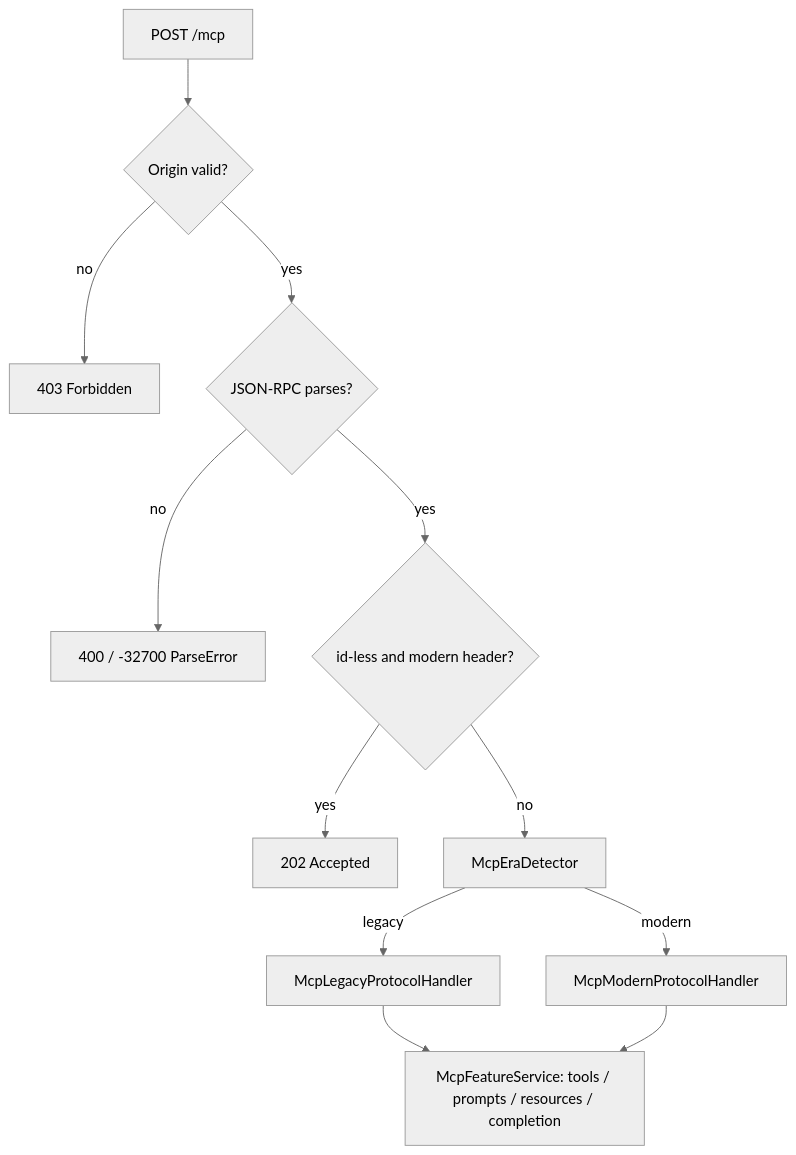
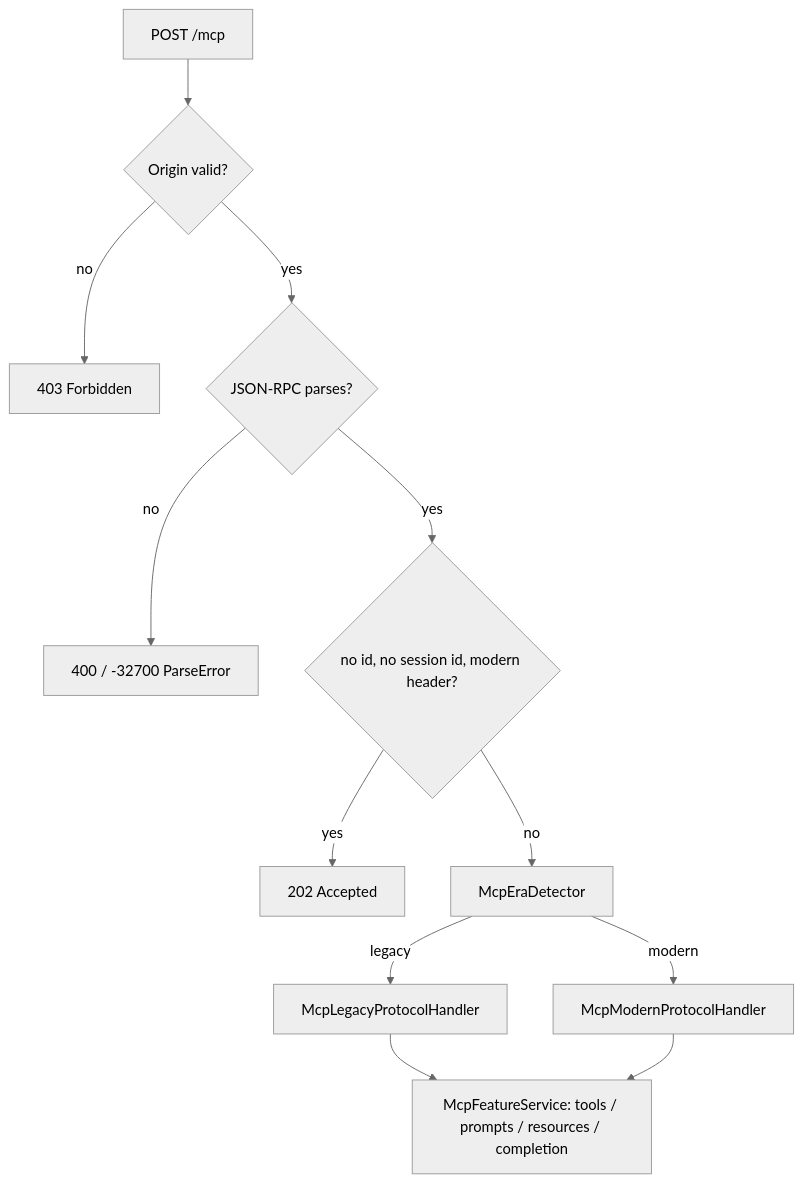
The first of 5 diagrams in langchain4j-cdi-mcp/README.md (yblazart/langchain4j-cdi), drawn with Mermaid (neutral theme) before and after one commit. The commit also changed other lines of this file, not shown here.

First line of the commit message:
docs(mcp): correct the era detection diagram

````diff
--- a/langchain4j-cdi-mcp/README.md
+++ b/langchain4j-cdi-mcp/README.md
@@ -54,14 +54,14 @@
 ```mermaid
 flowchart TD
     A["POST /mcp"] --> B{"Origin valid?"}
     B -- "no" --> B1["403 Forbidden"]
     B -- "yes" --> C{"JSON-RPC parses?"}
     C -- "no" --> C1["400 / -32700 ParseError"]
-    C -- "yes" --> D{"id-less and modern header?"}
+    C -- "yes" --> D{"no id, no session id, modern header?"}
     D -- "yes" --> D1["202 Accepted"]
     D -- "no" --> E["McpEraDetector"]
     E -- "legacy" --> F["McpLegacyProtocolHandler"]
     E -- "modern" --> G["McpModernProtocolHandler"]
     F --> H["McpFeatureService: tools / prompts / resources / completion"]
     G --> H
 ```
````
